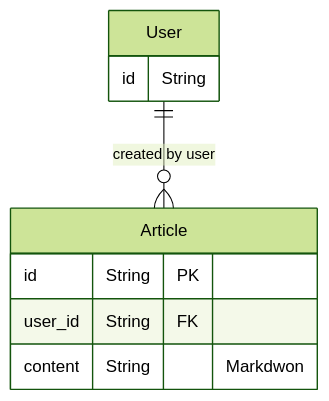
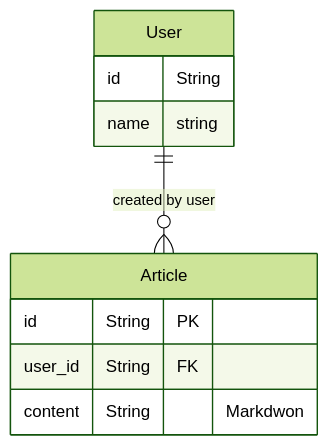
Before and after one commit to student-ops/FFIT-1: the diagram in docs/db.md, drawn with Mermaid (forest theme). The commit also changed 1 other file, not shown here.

Commit message:
add ts type and update document

````diff
--- a/docs/db.md
+++ b/docs/db.md
@@ -1,14 +1,15 @@
 ```mermaid
 erDiagram
 User ||--o{ Article : "created by user"
 
 User {
     id  String
+    name string
 }
 
 Article {
     id  String PK
     user_id String FK
     content String "Markdwon"
 }
 ```
````
